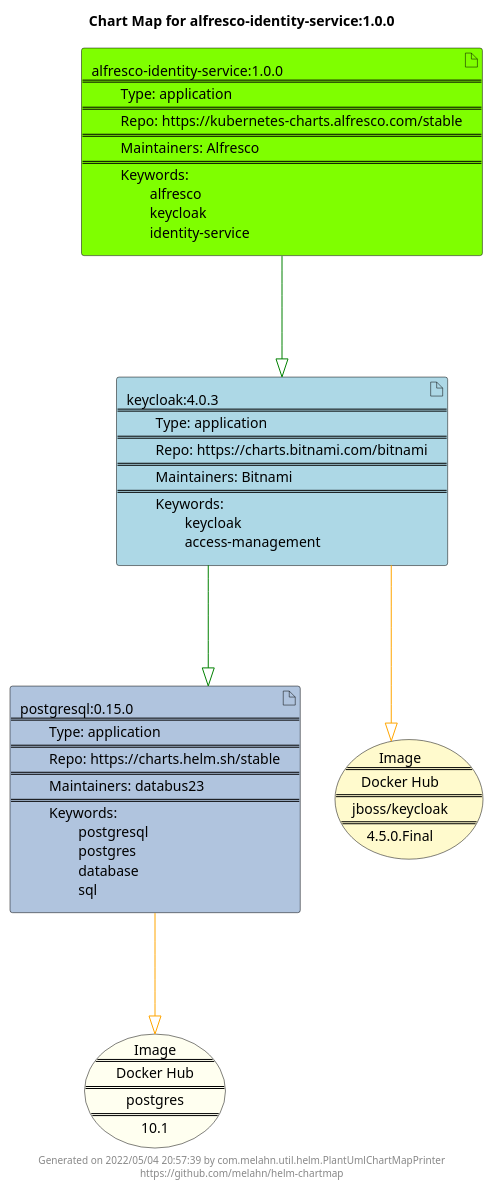
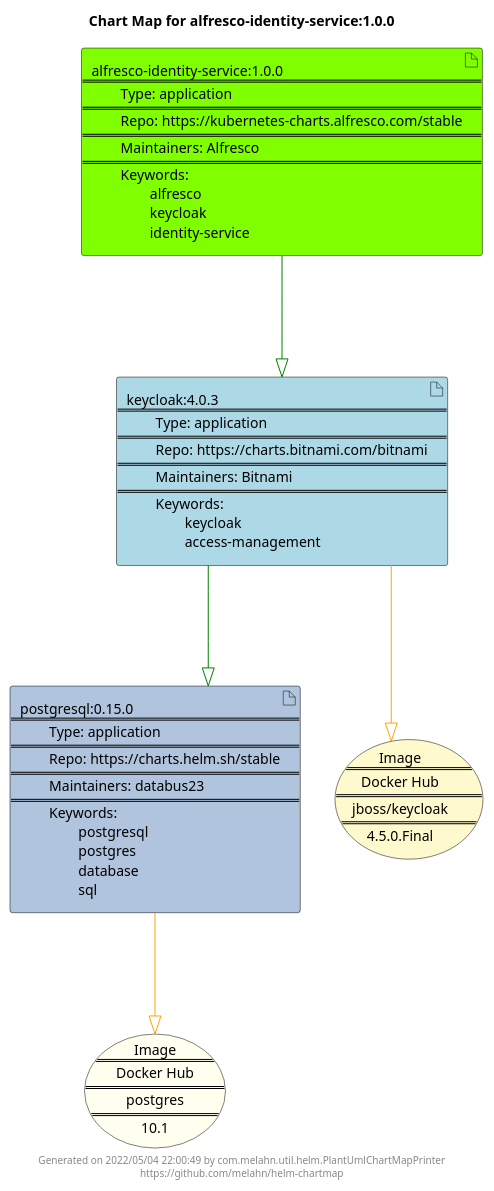
Before and after one commit to melahn/helm-chartmap: the diagram in docs/alfresco-identity-service/alfresco-identity-service-1.0.0.puml, drawn with PlantUML. The commit also changed 63 other files, not shown here.

Commit message:
Update Example Chart Maps as part of GitHub build

```diff
--- a/docs/alfresco-identity-service/alfresco-identity-service-1.0.0.puml
+++ b/docs/alfresco-identity-service/alfresco-identity-service-1.0.0.puml
@@ -1,27 +1,27 @@
 @startuml
 skinparam linetype ortho
 skinparam backgroundColor white
 skinparam usecaseBorderColor black
 skinparam usecaseArrowColor LightSlateGray
 skinparam artifactBorderColor black
 skinparam artifactArrowColor LightSlateGray
 
 title Chart Map for alfresco-identity-service:1.0.0
 
 'There are 3 referenced Helm Charts
 artifact "keycloak:4.0.3\n====\n\tType: application\n====\n\tRepo: https://charts.bitnami.com/bitnami\n====\n\tMaintainers: Bitnami\n====\n\tKeywords: \n\t\tkeycloak\n\t\taccess-management" as keycloak_4_0_3 #LightBlue
 artifact "alfresco-identity-service:1.0.0\n====\n\tType: application\n====\n\tRepo: https://kubernetes-charts.alfresco.com/stable\n====\n\tMaintainers: Alfresco\n====\n\tKeywords: \n\t\talfresco\n\t\tkeycloak\n\t\tidentity-service" as alfresco_identity_service_1_0_0 #Chartreuse
 artifact "postgresql:0.15.0\n====\n\tType: application\n====\n\tRepo: https://charts.helm.sh/stable\n====\n\tMaintainers: databus23\n====\n\tKeywords: \n\t\tpostgresql\n\t\tpostgres\n\t\tdatabase\n\t\tsql" as postgresql_0_15_0 #LightSteelBlue
 
 'There are 2 referenced Docker Images
 usecase "Image\n====\nDocker Hub\n====\npostgres\n====\n10.1" as postgres_10_1 #Ivory
 usecase "Image\n====\nDocker Hub\n====\njboss/keycloak\n====\n4.5.0.Final" as jboss_keycloak_4_5_0_Final #LemonChiffon
 
 'Chart Dependencies
 alfresco_identity_service_1_0_0--[#green]-|>keycloak_4_0_3
 keycloak_4_0_3--[#green]-|>postgresql_0_15_0
 keycloak_4_0_3--[#orange]-|>jboss_keycloak_4_5_0_Final
 postgresql_0_15_0--[#orange]-|>postgres_10_1
 
-center footer Generated on 2022/05/04 20:57:39 by com.melahn.util.helm.PlantUmlChartMapPrinter\nhttps://github.com/melahn/helm-chartmap
+center footer Generated on 2022/05/04 22:00:49 by com.melahn.util.helm.PlantUmlChartMapPrinter\nhttps://github.com/melahn/helm-chartmap
 @enduml
```
